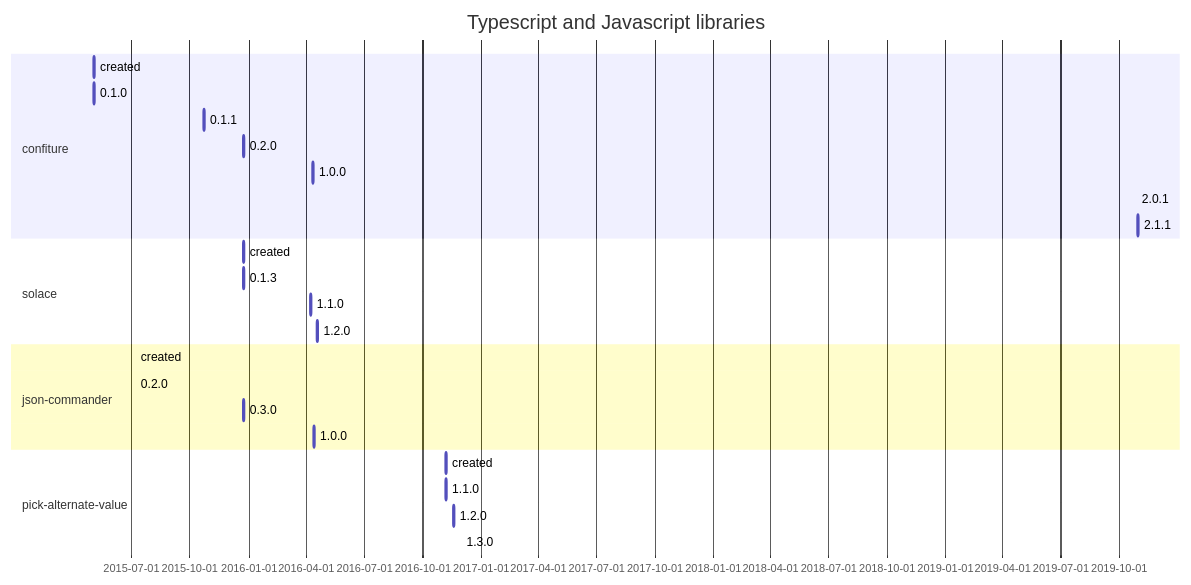
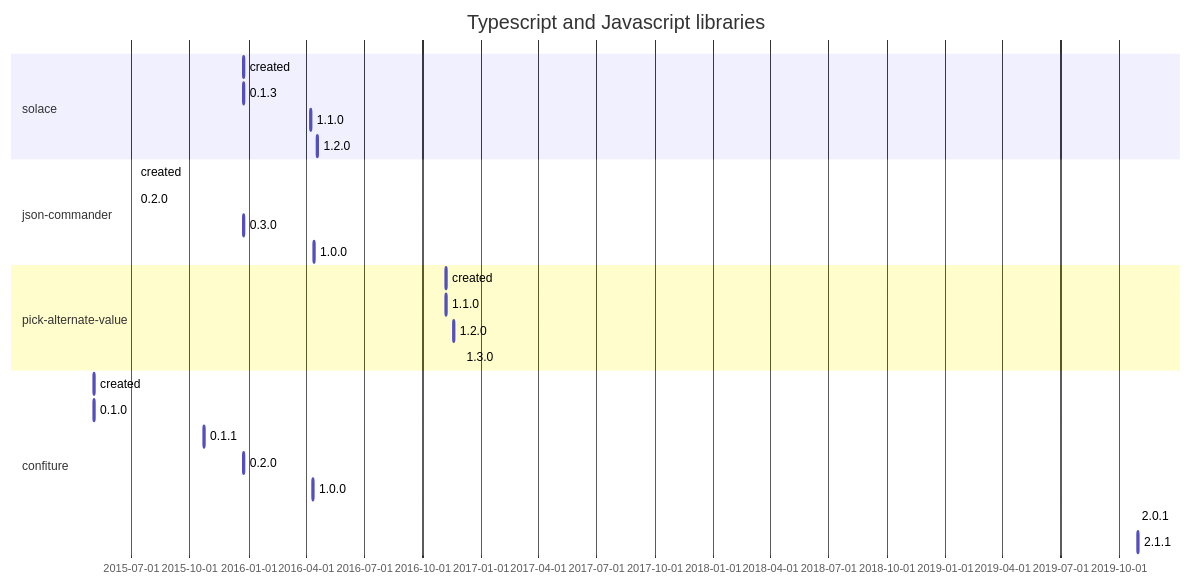
Before and after one commit to flarebyte/overview: the second of 4 diagrams in SOFTWARE-TIMELINE.md, drawn with Mermaid. The commit also changed other lines of this file and 3 other files, not shown here.

````diff
--- a/SOFTWARE-TIMELINE.md
+++ b/SOFTWARE-TIMELINE.md
@@ -66,36 +66,36 @@
 ```mermaid
 gantt
     title Typescript and Javascript libraries
     dateFormat  YYYY-MM-DD
-
-    section confiture
-    created:, 2015-05-03, 1d
-    0.1.0:, 2015-05-03, 1d
-    0.1.1:, 2015-10-23, 1d
-    0.2.0:, 2015-12-25, 1d
-    1.0.0:, 2016-04-12, 1d
-    2.0.1:, 2019-10-28, 1d
-    2.1.1:, 2019-10-31, 1d
-
 
     section solace
     created:, 2015-12-25, 1d
     0.1.3:, 2015-12-25, 1d
     1.1.0:, 2016-04-08, 1d
     1.2.0:, 2016-04-18, 1d
 
 
     section json-commander
     created:, 2015-07-07, 1d
     0.2.0:, 2015-07-07, 1d
     0.3.0:, 2015-12-25, 1d
     1.0.0:, 2016-04-13, 1d
 
 
     section pick-alternate-value
     created:, 2016-11-07, 1d
     1.1.0:, 2016-11-07, 1d
     1.2.0:, 2016-11-19, 1d
     1.3.0:, 2016-11-30, 1d
 
+
+    section confiture
+    created:, 2015-05-03, 1d
+    0.1.0:, 2015-05-03, 1d
+    0.1.1:, 2015-10-23, 1d
+    0.2.0:, 2015-12-25, 1d
+    1.0.0:, 2016-04-12, 1d
+    2.0.1:, 2019-10-28, 1d
+    2.1.1:, 2019-10-31, 1d
+
 ```
````
